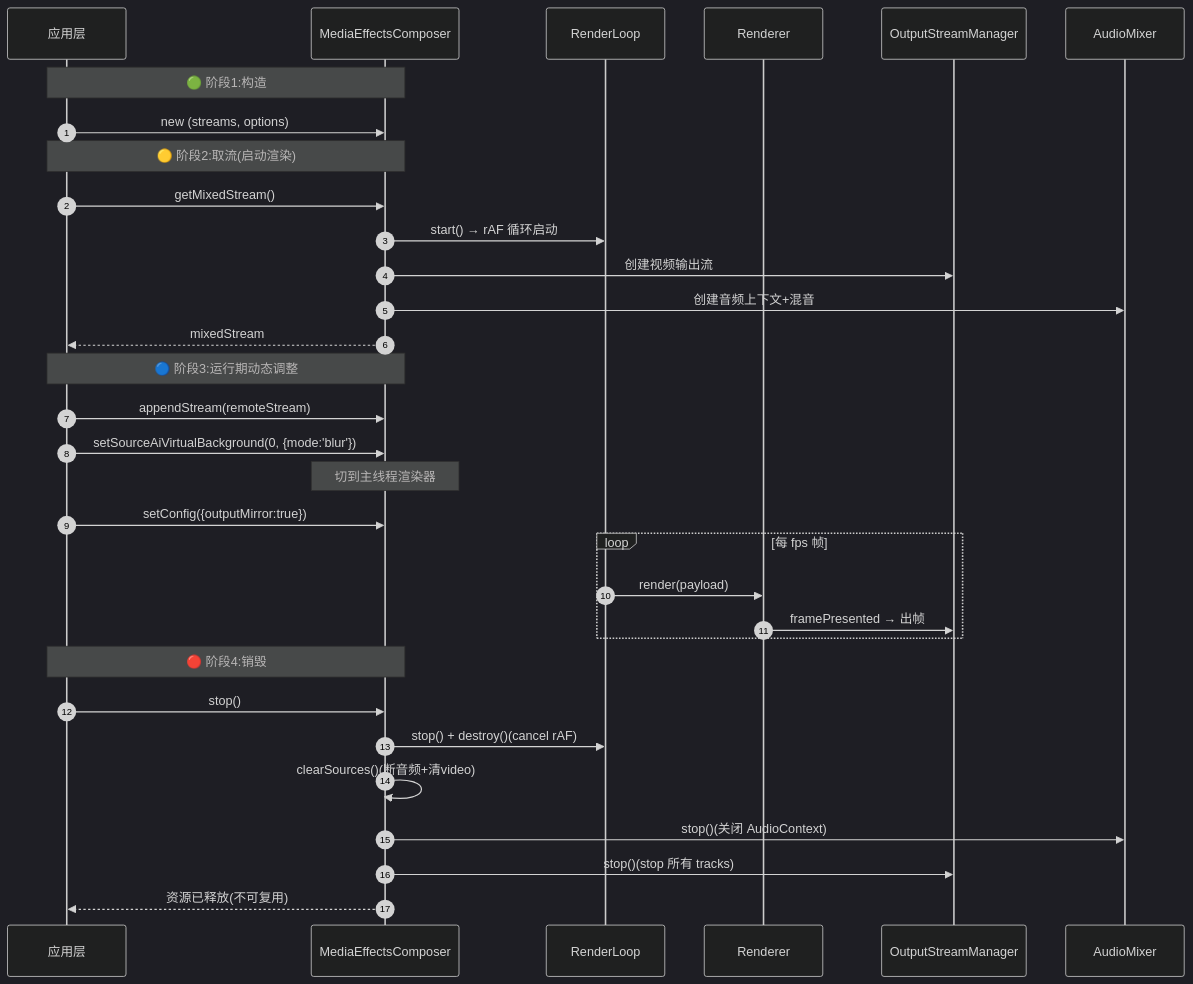
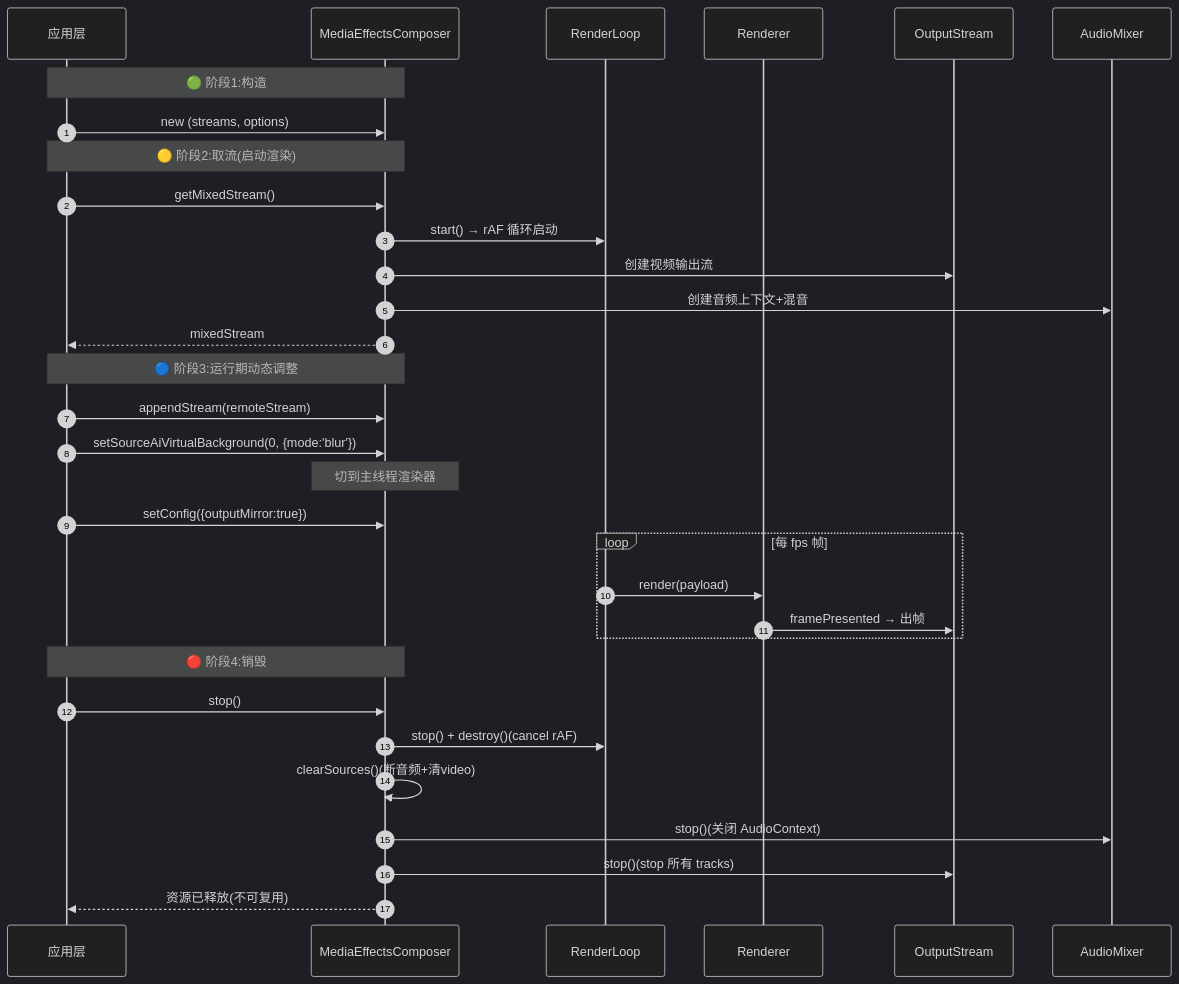
One commit to lei40251/JsSIP changed diagram 16 of 19 in docs/MediaEffectsComposer-学习手册.md. Above: the diagram before and after it, drawn with Mermaid (dark theme). The commit also changed other lines of this file and 72 other files, not shown here.

````diff
--- a/docs/MediaEffectsComposer-学习手册.md
+++ b/docs/MediaEffectsComposer-学习手册.md
@@ -806,39 +792,39 @@
 ```mermaid
 sequenceDiagram
     autonumber
     participant App as 应用层
     participant MEC as MediaEffectsComposer
     participant RL as RenderLoop
     participant R as Renderer
-    participant OM as OutputStreamManager
+    participant OM as OutputStream
     participant AM as AudioMixer
 
     Note over App,MEC: 🟢 阶段1:构造
     App->>MEC: new (streams, options)
 
     Note over App,MEC: 🟡 阶段2:取流(启动渲染)
     App->>MEC: getMixedStream()
     MEC->>RL: start() → rAF 循环启动
     MEC->>OM: 创建视频输出流
     MEC->>AM: 创建音频上下文+混音
     MEC-->>App: mixedStream
 
     Note over App,MEC: 🔵 阶段3:运行期动态调整
     App->>MEC: appendStream(remoteStream)
     App->>MEC: setSourceAiVirtualBackground(0, {mode:'blur'})
     Note over MEC: 切到主线程渲染器
     App->>MEC: setConfig({outputMirror:true})
 
     loop 每 fps 帧
         RL->>R: render(payload)
         R->>OM: framePresented → 出帧
     end
 
     Note over App,MEC: 🔴 阶段4:销毁
     App->>MEC: stop()
     MEC->>RL: stop() + destroy()(cancel rAF)
     MEC->>MEC: clearSources()(断音频+清video)
     MEC->>AM: stop()(关闭 AudioContext)
     MEC->>OM: stop()(stop 所有 tracks)
     MEC-->>App: 资源已释放(不可复用)
 ```
````
